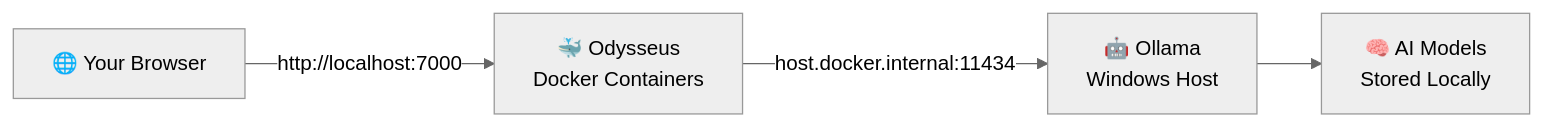
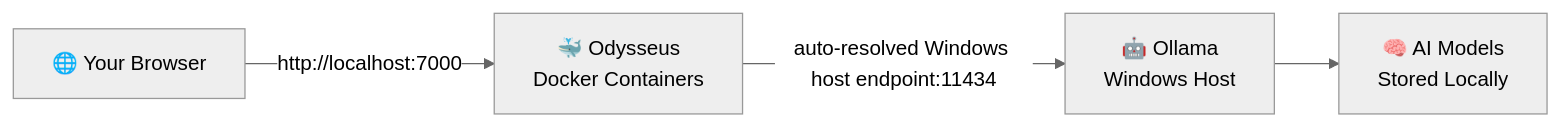
Before and after one commit to jameskiki/OdysseusInstaller: the diagram in docs/odysseus-workspace-guide.md, drawn with Mermaid (neutral theme). The commit also changed 4 other files, not shown here.

````diff
--- a/docs/odysseus-workspace-guide.md
+++ b/docs/odysseus-workspace-guide.md
@@ -13,6 +13,6 @@
 ```mermaid
 graph LR
     A[🌐 Your Browser] -->|http://localhost:7000| B[🐳 Odysseus\nDocker Containers]
-    B -->|host.docker.internal:11434| C[🤖 Ollama\nWindows Host]
+    B -->|auto-resolved Windows host endpoint:11434| C[🤖 Ollama\nWindows Host]
     C --> D[🧠 AI Models\nStored Locally]
 ```
````
